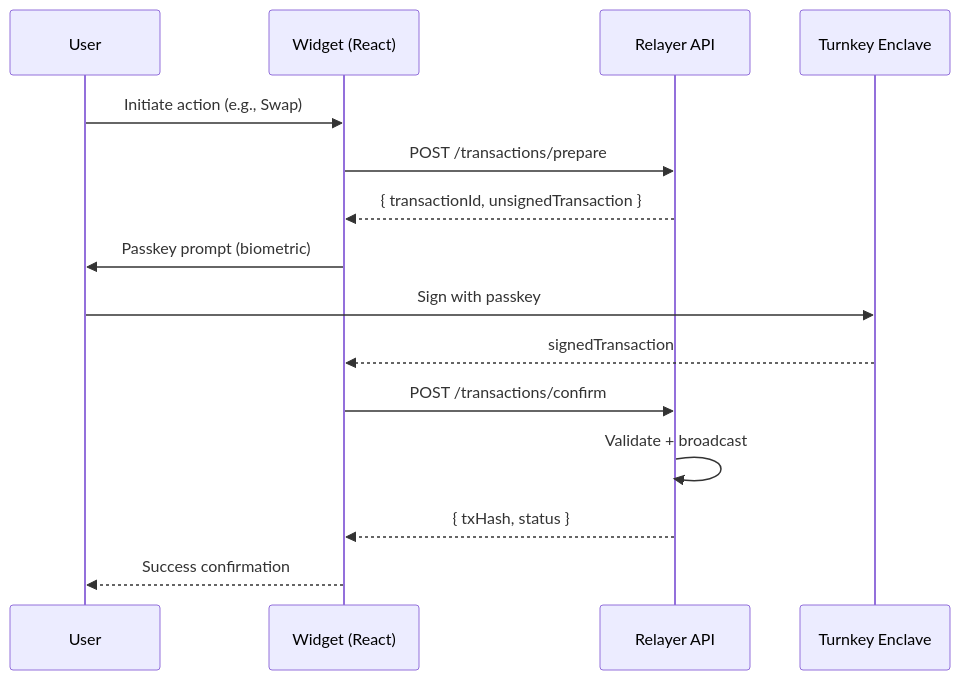
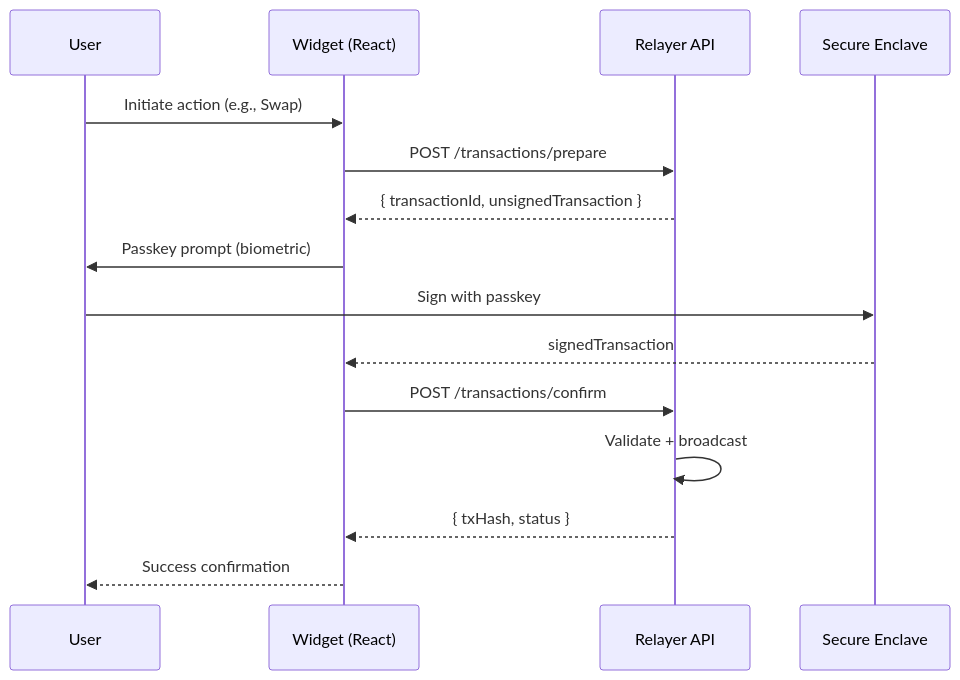
One commit to SherryLabs/docs changed the first of 2 diagrams in widget/overview.mdx. Above: the diagram before and after it, drawn with Mermaid. The commit also changed other lines of this file and 14 other files, not shown here.

````diff
--- a/widget/overview.mdx
+++ b/widget/overview.mdx
@@ -51,18 +51,18 @@
 ```mermaid
 sequenceDiagram
     participant User
     participant Widget as Widget (React)
     participant API as Relayer API
-    participant TK as Turnkey Enclave
+    participant SE as Secure Enclave
 
     User->>Widget: Initiate action (e.g., Swap)
     Widget->>API: POST /transactions/prepare
     API-->>Widget: { transactionId, unsignedTransaction }
     Widget->>User: Passkey prompt (biometric)
-    User->>TK: Sign with passkey
-    TK-->>Widget: signedTransaction
+    User->>SE: Sign with passkey
+    SE-->>Widget: signedTransaction
     Widget->>API: POST /transactions/confirm
     API->>API: Validate + broadcast
     API-->>Widget: { txHash, status }
     Widget-->>User: Success confirmation
 ```
````
